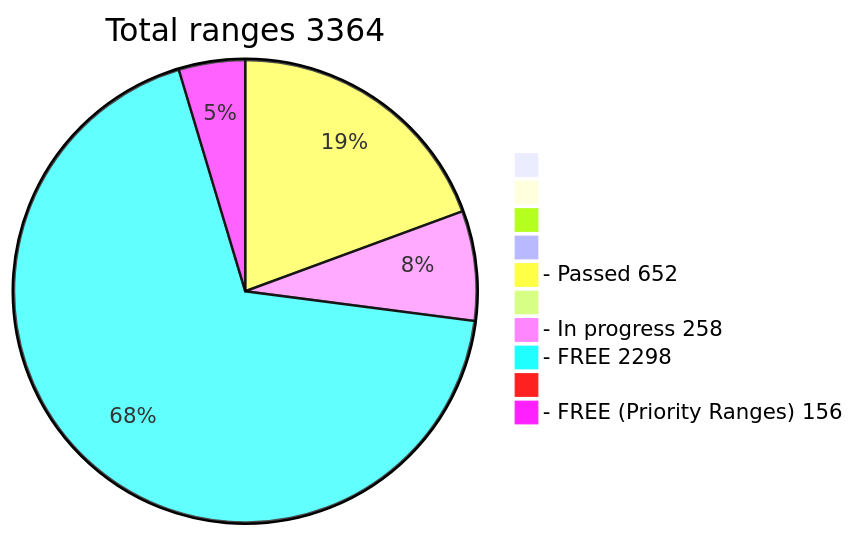
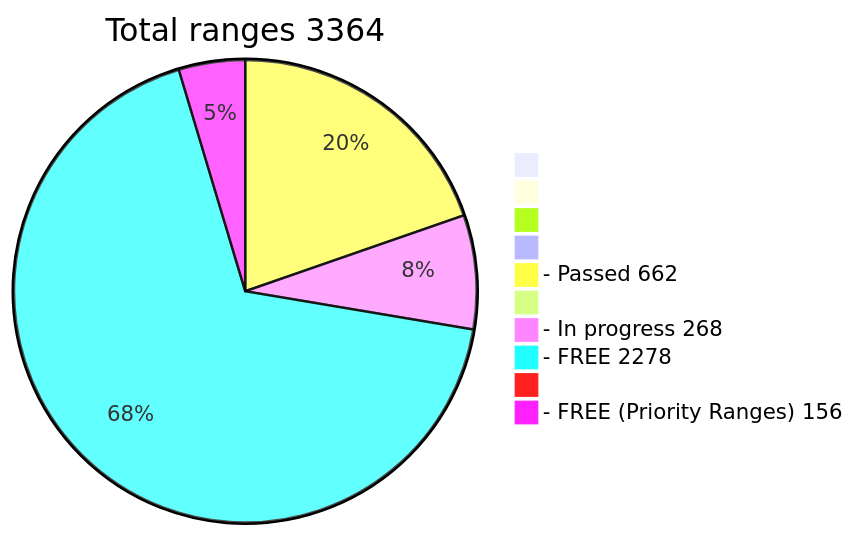
One commit to phrutis/wif500 changed the diagram in README.md. Above: the diagram before and after it, drawn with Mermaid.

````diff
--- a/README.md
+++ b/README.md
@@ -16,13 +16,13 @@
 ```mermaid
 pie title Total ranges 3364
              " " : 0
             "  " : 0
            "   " : 0
           "    " : 0
-  "- Passed 652" : 652
+  "- Passed 662" : 662
          "     " : 0
-  "- In progress 258" : 258
-   "- FREE 2298" : 2298
+  "- In progress 268" : 268
+   "- FREE 2278" : 2278
         "      " : 0
   "- FREE (Priority Ranges) 156" : 156
 ```
````
